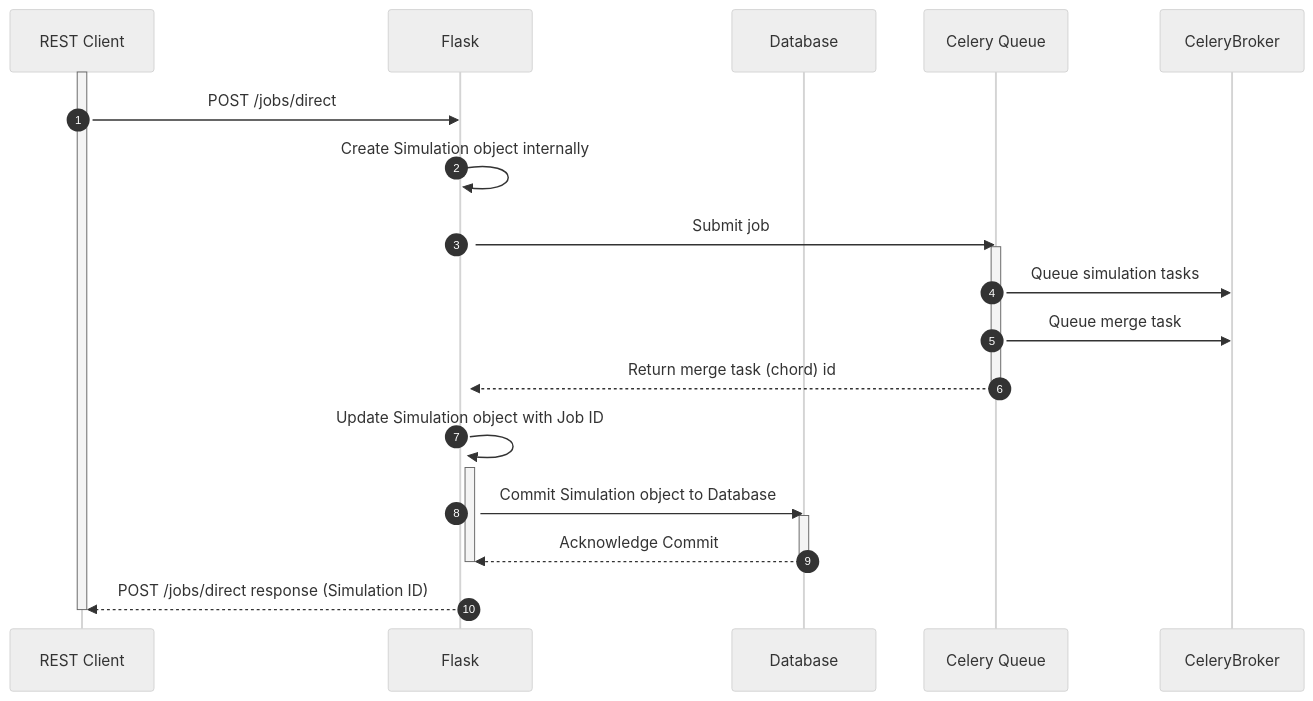
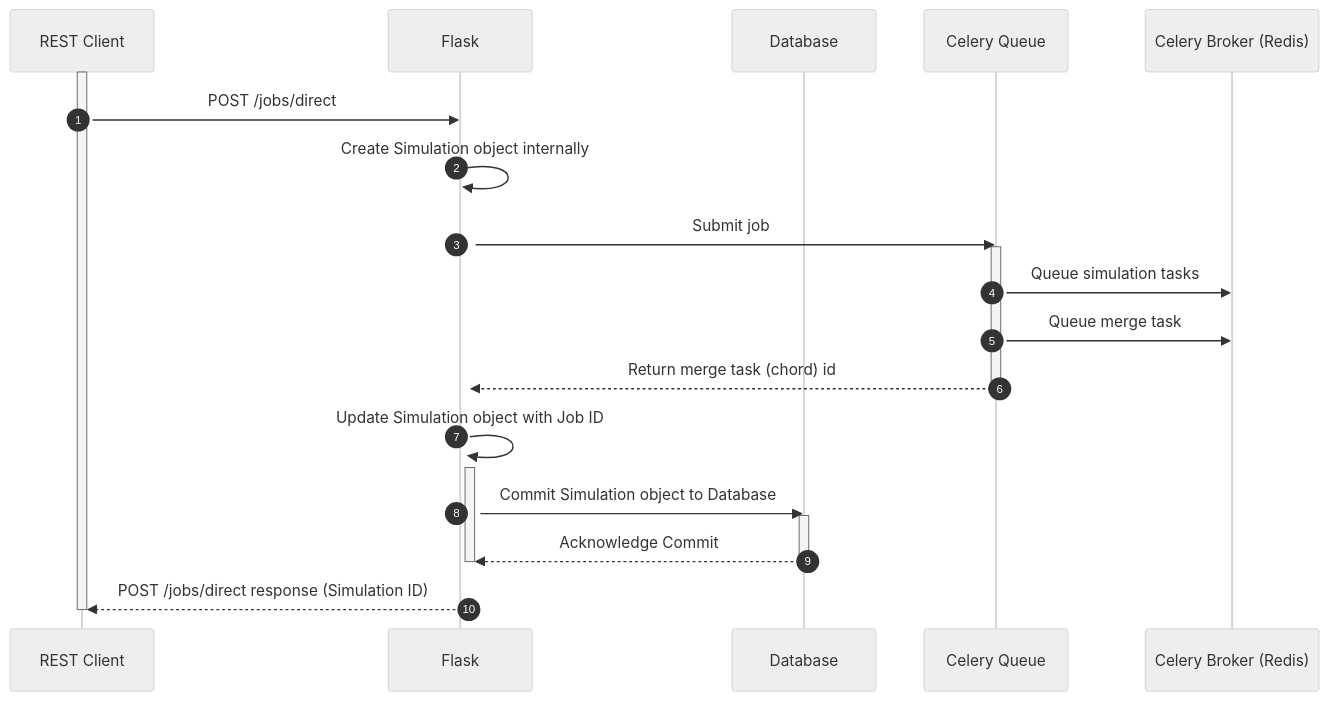
Before and after one commit to yaptide/deploy: the second of 2 diagrams in docs/sequence.md, drawn with Mermaid (neutral theme).

````diff
--- a/docs/sequence.md
+++ b/docs/sequence.md
@@ -62,27 +62,28 @@
 ```mermaid
 sequenceDiagram
     autonumber
-    participant FrontendApp as REST Client
+    participant Client as REST Client
     participant BackendApp as Flask
     participant Database as Database
     participant CeleryQueue as Celery Queue
+    participant CeleryBroker as Celery Broker (Redis)
 
-    activate FrontendApp
-    FrontendApp->>BackendApp: POST /jobs/direct
+    activate Client
+    Client->>BackendApp: POST /jobs/direct
     activate BackendApp
     BackendApp->>+BackendApp: Create Simulation object internally
     BackendApp->>CeleryQueue: Submit job
     activate CeleryQueue
     CeleryQueue->>CeleryBroker: Queue simulation tasks
     CeleryQueue->>CeleryBroker: Queue merge task
     CeleryQueue-->>BackendApp: Return merge task (chord) id
     deactivate CeleryQueue
     BackendApp->>+BackendApp: Update Simulation object with Job ID
     BackendApp->>Database: Commit Simulation object to Database
     activate Database
     Database-->>BackendApp: Acknowledge Commit
     deactivate BackendApp
     deactivate Database
-    BackendApp-->>FrontendApp: POST /jobs/direct response (Simulation ID)
-    deactivate FrontendApp
+    BackendApp-->>Client: POST /jobs/direct response (Simulation ID)
+    deactivate Client
 ```
````
